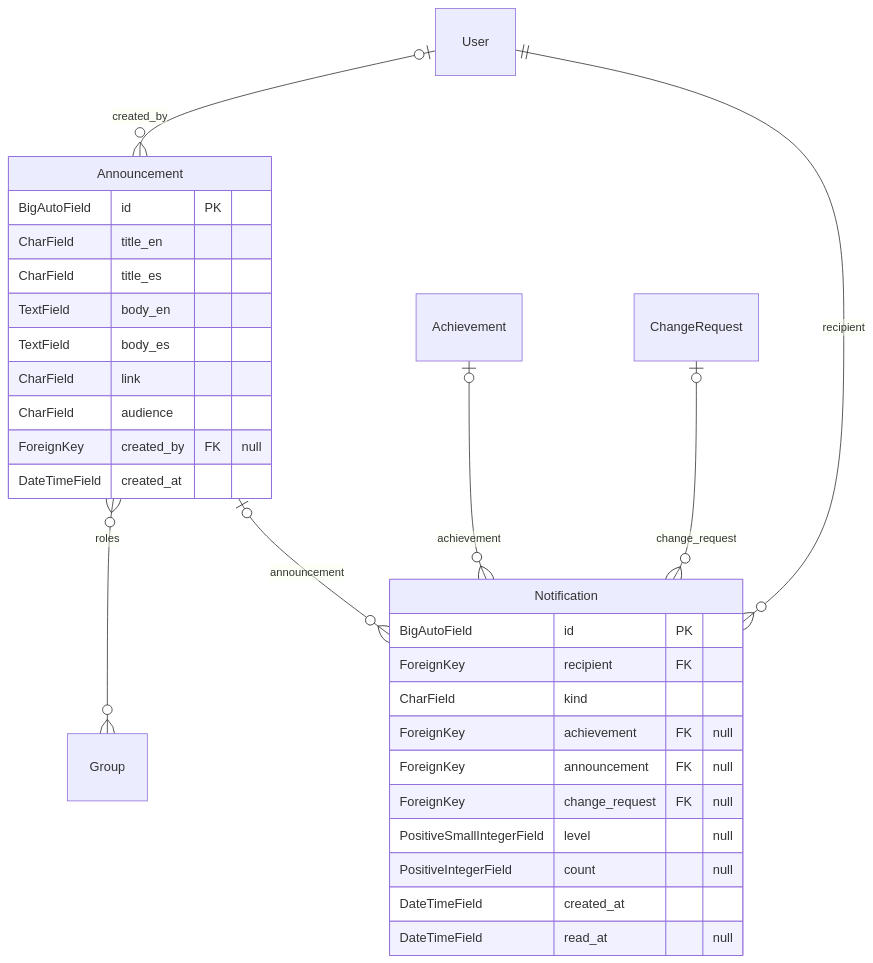
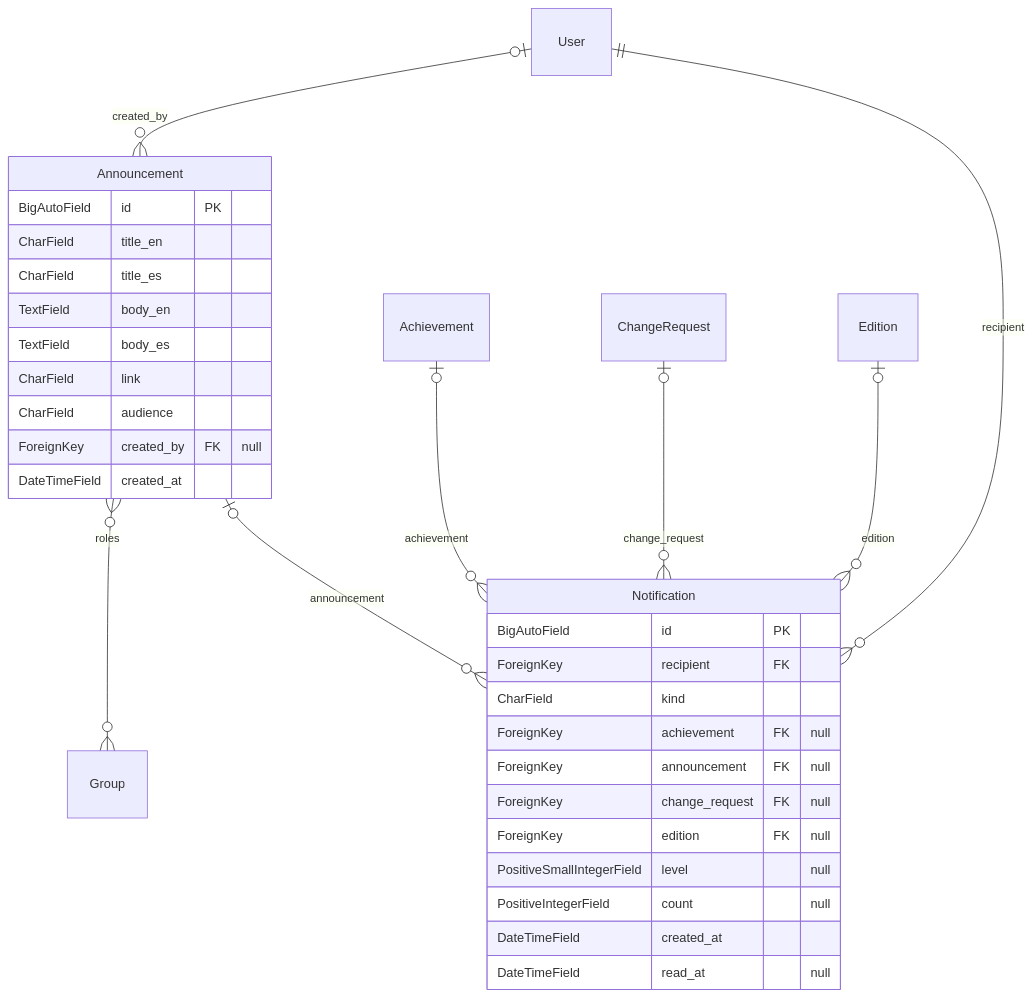
One commit to DeadSpawnZ/comics changed the eighth of 9 diagrams in README.md. Above: the diagram before and after it, drawn with Mermaid. The commit also changed other lines of this file and 27 other files, not shown here.

````diff
--- a/README.md
+++ b/README.md
@@ -563,32 +579,34 @@
 ```mermaid
 erDiagram
     Announcement {
         BigAutoField id PK
         CharField title_en
         CharField title_es
         TextField body_en
         TextField body_es
         CharField link
         CharField audience
         ForeignKey created_by FK "null"
         DateTimeField created_at
     }
     Notification {
         BigAutoField id PK
         ForeignKey recipient FK
         CharField kind
         ForeignKey achievement FK "null"
         ForeignKey announcement FK "null"
         ForeignKey change_request FK "null"
+        ForeignKey edition FK "null"
         PositiveSmallIntegerField level "null"
         PositiveIntegerField count "null"
         DateTimeField created_at
         DateTimeField read_at "null"
     }
     User |o--o{ Announcement : "created_by"
     Announcement }o--o{ Group : "roles"
     User ||--o{ Notification : "recipient"
     Achievement |o--o{ Notification : "achievement"
     Announcement |o--o{ Notification : "announcement"
     ChangeRequest |o--o{ Notification : "change_request"
+    Edition |o--o{ Notification : "edition"
 ```
````
